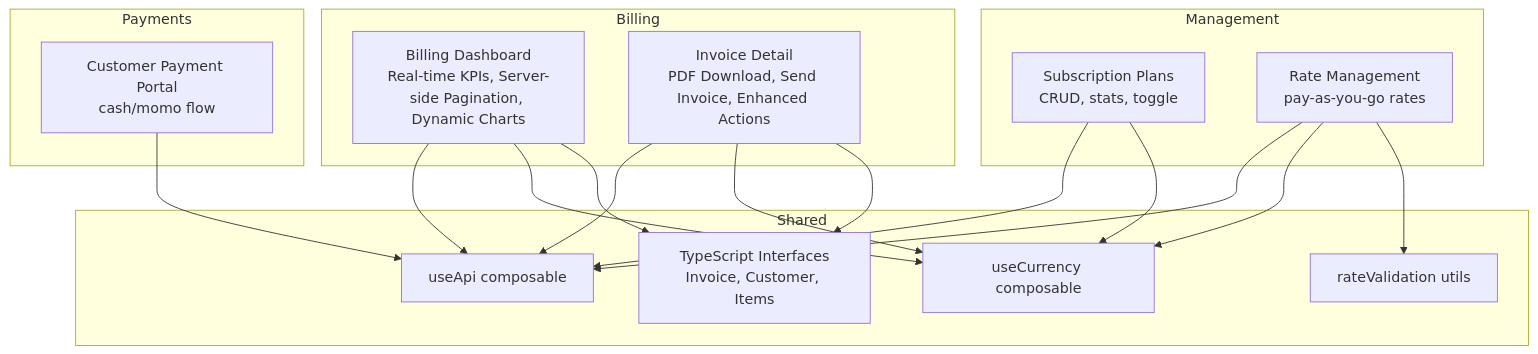
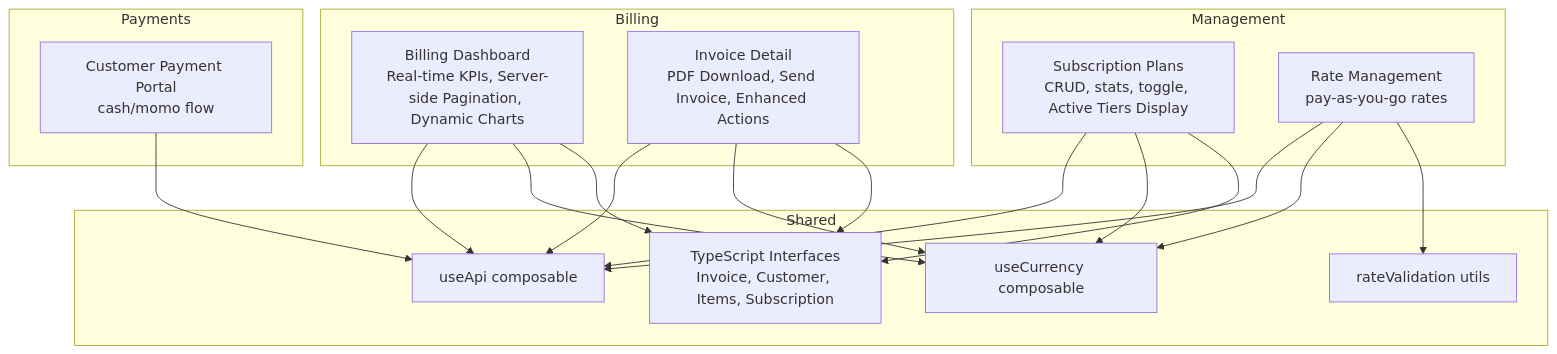
The first of 3 diagrams in .qoder/repowiki/en/content/Business Modules/Billing & Subscriptions/Billing & Subscriptions.md (Lazynerd-Studios/lacarte-atlas-console), drawn with Mermaid before and after one commit. The commit also changed other lines of this file and 22 other files, not shown here.

First line of the commit message:
docs(admin): add guides for customer, pickup, and customer type management

````diff
--- a/.qoder/repowiki/en/content/Business Modules/Billing & Subscriptions/Billing & Subscriptions.md
+++ b/.qoder/repowiki/en/content/Business Modules/Billing & Subscriptions/Billing & Subscriptions.md
@@ -48,32 +49,33 @@
 ```mermaid
 graph TB
 subgraph "Billing"
 BIndex["Billing Dashboard<br/>Real-time KPIs, Server-side Pagination, Dynamic Charts"]
 BDetail["Invoice Detail<br/>PDF Download, Send Invoice, Enhanced Actions"]
 end
 subgraph "Management"
-SubPlans["Subscription Plans<br/>CRUD, stats, toggle"]
+SubPlans["Subscription Plans<br/>CRUD, stats, toggle, Active Tiers Display"]
 Rates["Rate Management<br/>pay-as-you-go rates"]
 end
 subgraph "Payments"
 PayPortal["Customer Payment Portal<br/>cash/momo flow"]
 end
 subgraph "Shared"
 Api["useApi composable"]
 Currency["useCurrency composable"]
 Validation["rateValidation utils"]
-Types["TypeScript Interfaces<br/>Invoice, Customer, Items"]
+Types["TypeScript Interfaces<br/>Invoice, Customer, Items, Subscription"]
 end
 BIndex --> Api
 BDetail --> Api
 SubPlans --> Api
 Rates --> Api
 PayPortal --> Api
 BIndex --> Currency
 BDetail --> Currency
 SubPlans --> Currency
 Rates --> Currency
 Rates --> Validation
 BDetail --> Types
 BIndex --> Types
+SubPlans --> Types
 ```
````
